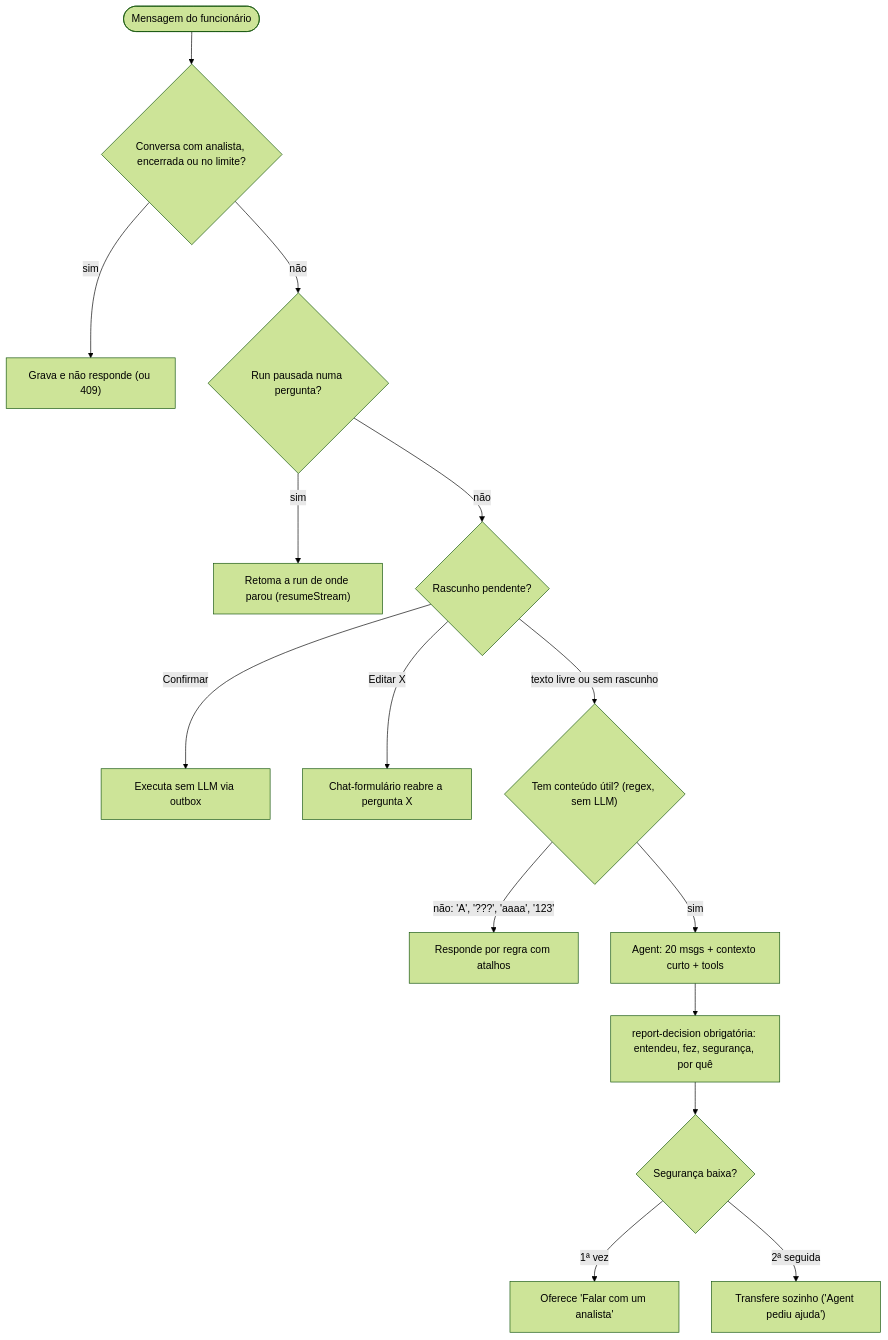
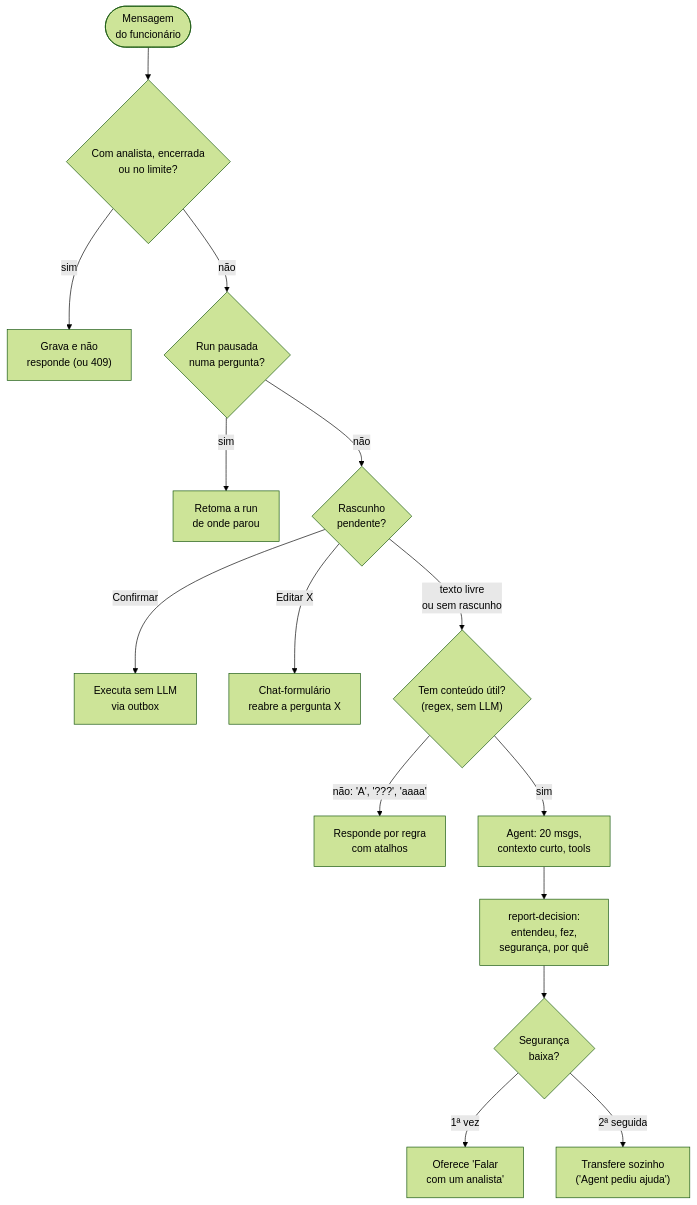
The third of 8 diagrams in README.md (renansko/teste_nexo), drawn with Mermaid (forest theme) before and after one commit. The commit also changed other lines of this file, not shown here.

Commit message:
docs(readme): tabela de logins de teste por papel; rótulos curtos com quebra de linha nos diagramas (texto cortado na renderização)

````diff
--- a/README.md
+++ b/README.md
@@ -64,17 +77,17 @@
 ```mermaid
 flowchart TD
-    Msg([Mensagem do funcionário]) --> Estado{Conversa com analista, encerrada ou no limite?}
-    Estado -- sim --> Grava["Grava e não responde (ou 409)"]
-    Estado -- não --> Run{Run pausada numa pergunta?}
-    Run -- sim --> Resume["Retoma a run de onde parou (resumeStream)"]
-    Run -- não --> Rasc{Rascunho pendente?}
-    Rasc -- Confirmar --> Outbox["Executa sem LLM via outbox"]
-    Rasc -- Editar X --> Flow["Chat-formulário reabre a pergunta X"]
-    Rasc -- "texto livre ou sem rascunho" --> Val{"Tem conteúdo útil? (regex, sem LLM)"}
-    Val -- "não: 'A', '???', 'aaaa', '123'" --> Regra["Responde por regra com atalhos"]
-    Val -- sim --> Agent["Agent: 20 msgs + contexto curto + tools"]
-    Agent --> Dec["report-decision obrigatória: entendeu, fez, segurança, por quê"]
-    Dec --> Baixa{Segurança baixa?}
-    Baixa -- 1ª vez --> Oferece["Oferece 'Falar com um analista'"]
-    Baixa -- 2ª seguida --> Transfere["Transfere sozinho ('Agent pediu ajuda')"]
+    Msg(["Mensagem<br/>do funcionário"]) --> Estado{"Com analista, encerrada<br/>ou no limite?"}
+    Estado -- sim --> Grava["Grava e não<br/>responde (ou 409)"]
+    Estado -- não --> Run{"Run pausada<br/>numa pergunta?"}
+    Run -- sim --> Resume["Retoma a run<br/>de onde parou"]
+    Run -- não --> Rasc{"Rascunho<br/>pendente?"}
+    Rasc -- Confirmar --> Outbox["Executa sem LLM<br/>via outbox"]
+    Rasc -- Editar X --> Flow["Chat-formulário<br/>reabre a pergunta X"]
+    Rasc -- "texto livre<br/>ou sem rascunho" --> Val{"Tem conteúdo útil?<br/>(regex, sem LLM)"}
+    Val -- "não: 'A', '???', 'aaaa'" --> Regra["Responde por regra<br/>com atalhos"]
+    Val -- sim --> Agent["Agent: 20 msgs,<br/>contexto curto, tools"]
+    Agent --> Dec["report-decision:<br/>entendeu, fez,<br/>segurança, por quê"]
+    Dec --> Baixa{"Segurança<br/>baixa?"}
+    Baixa -- "1ª vez" --> Oferece["Oferece 'Falar<br/>com um analista'"]
+    Baixa -- "2ª seguida" --> Transfere["Transfere sozinho<br/>('Agent pediu ajuda')"]
 ```
````
